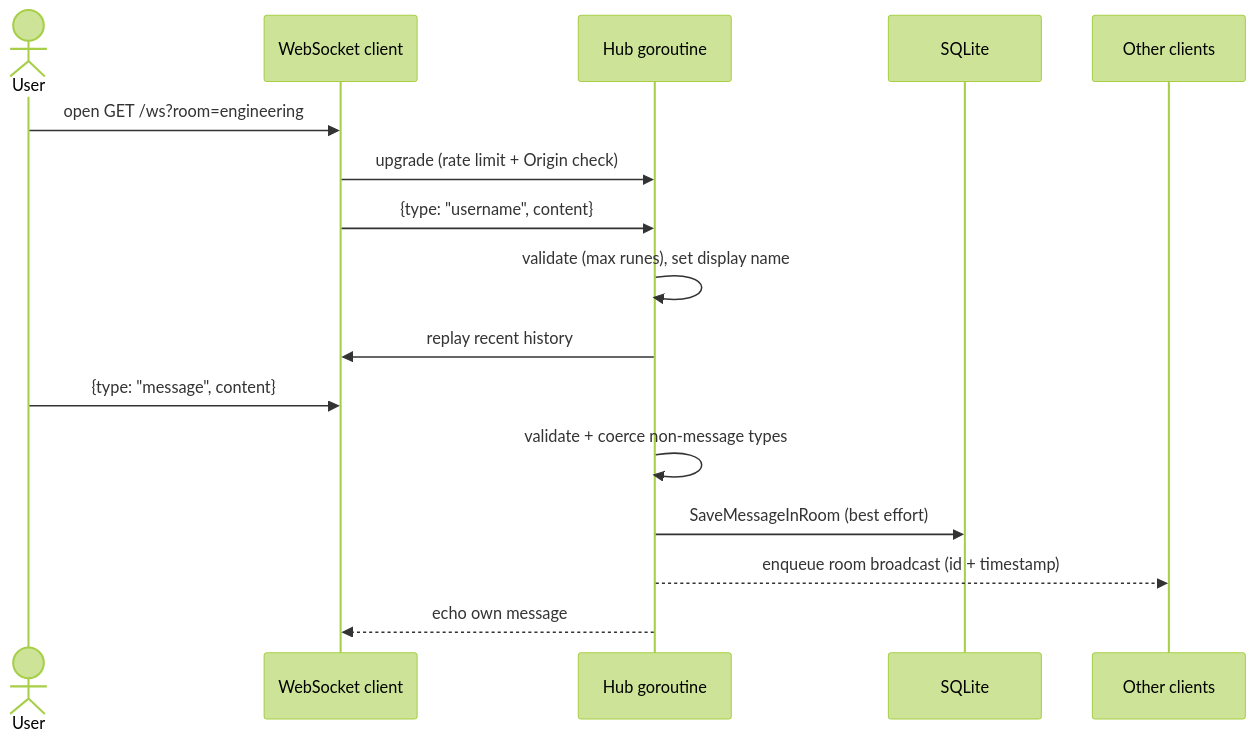
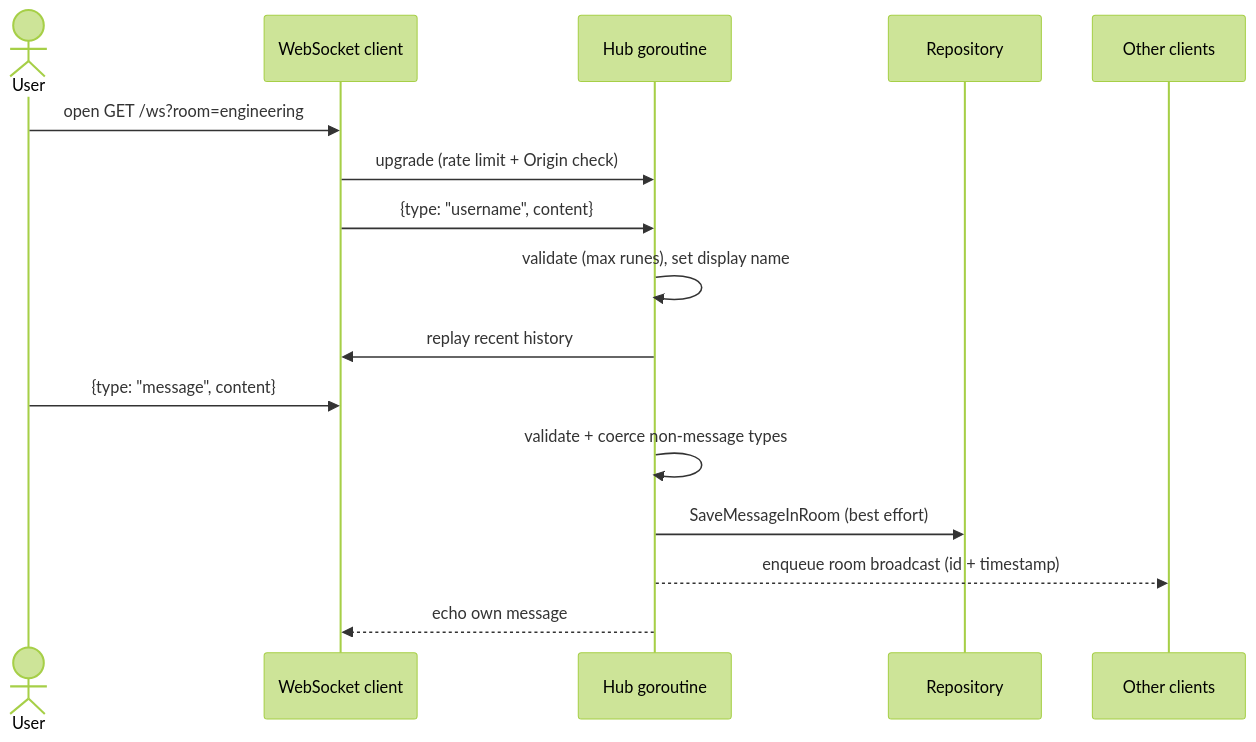
The second of 4 diagrams in docs/ARCHITECTURE.md (AlisinaDevelo/Chatster), drawn with Mermaid (forest theme) before and after one commit. The commit also changed other lines of this file and 25 other files, not shown here.

````diff
--- a/docs/ARCHITECTURE.md
+++ b/docs/ARCHITECTURE.md
@@ -46,19 +46,19 @@
 ```mermaid
 sequenceDiagram
   actor User
   participant WS as WebSocket client
   participant Hub as Hub goroutine
-  participant DB as SQLite
+  participant DB as Repository
   participant Peers as Other clients
 
   User->>WS: open GET /ws?room=engineering
   WS->>Hub: upgrade (rate limit + Origin check)
   WS->>Hub: {type: "username", content}
   Hub->>Hub: validate (max runes), set display name
   Hub->>WS: replay recent history
   User->>WS: {type: "message", content}
   Hub->>Hub: validate + coerce non-message types
   Hub->>DB: SaveMessageInRoom (best effort)
   Hub-->>Peers: enqueue room broadcast (id + timestamp)
   Hub-->>WS: echo own message
 ```
````
